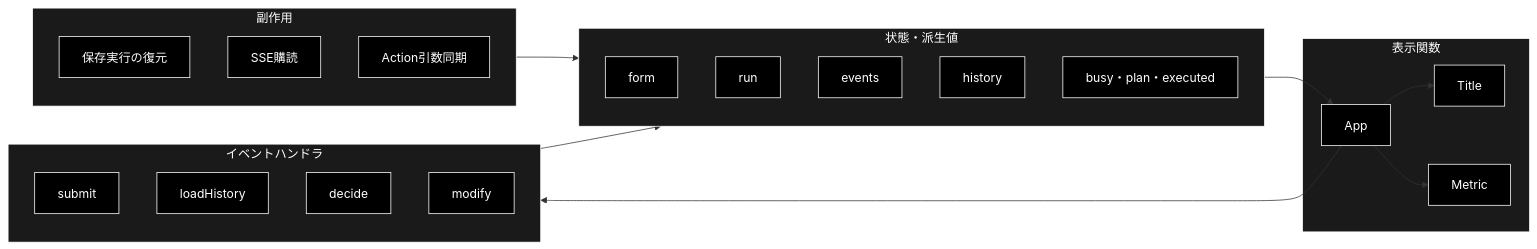
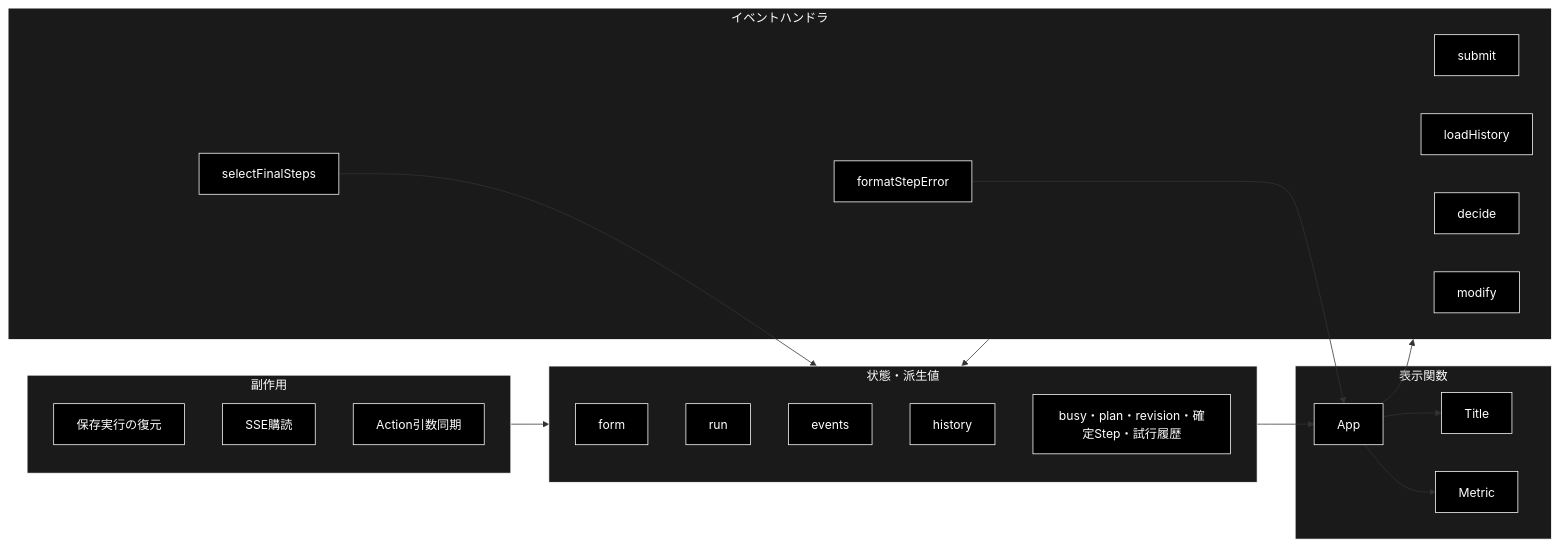
Before and after one commit to nakashima2toshio/grace_agent_v2_react_openai: the third of 4 diagrams in frontend/docs/App.md, drawn with Mermaid. The commit also changed other lines of this file and 14 other files, not shown here.

````diff
--- a/frontend/docs/App.md
+++ b/frontend/docs/App.md
@@ -145,39 +149,43 @@
 ```mermaid
 flowchart LR
     subgraph STATE["状態・派生値"]
         FORM["form"]
         RUN["run"]
         EVENTS["events"]
         HISTORY["history"]
-        VIEW["busy・plan・executed"]
+        VIEW["busy・plan・revision・確定Step・試行履歴"]
     end
     subgraph EFFECTS["副作用"]
         RESTORE["保存実行の復元"]
         STREAM["SSE購読"]
         ARGS["Action引数同期"]
     end
     subgraph HANDLERS["イベントハンドラ"]
         SUBMIT["submit"]
         LOAD["loadHistory"]
         DECIDE["decide"]
         MODIFY["modify"]
+        FINAL["selectFinalSteps"]
+        ERROR["formatStepError"]
     end
     subgraph RENDER["表示関数"]
         APP["App"]
         TITLE["Title"]
         METRIC["Metric"]
     end
     STATE --> APP
     EFFECTS --> STATE
     HANDLERS --> STATE
+    FINAL --> STATE
+    ERROR --> APP
     APP --> HANDLERS
     APP --> TITLE
     APP --> METRIC
 classDef default fill:#000,stroke:#fff,color:#fff
 classDef subgraphStyle fill:#1a1a1a,stroke:#fff,color:#fff
-class FORM,RUN,EVENTS,HISTORY,VIEW,RESTORE,STREAM,ARGS,SUBMIT,LOAD,DECIDE,MODIFY,APP,TITLE,METRIC default
+class FORM,RUN,EVENTS,HISTORY,VIEW,RESTORE,STREAM,ARGS,SUBMIT,LOAD,DECIDE,MODIFY,FINAL,ERROR,APP,TITLE,METRIC default
 style STATE fill:#1a1a1a,stroke:#fff,color:#fff
 style EFFECTS fill:#1a1a1a,stroke:#fff,color:#fff
 style HANDLERS fill:#1a1a1a,stroke:#fff,color:#fff
 style RENDER fill:#1a1a1a,stroke:#fff,color:#fff
 ```
````
